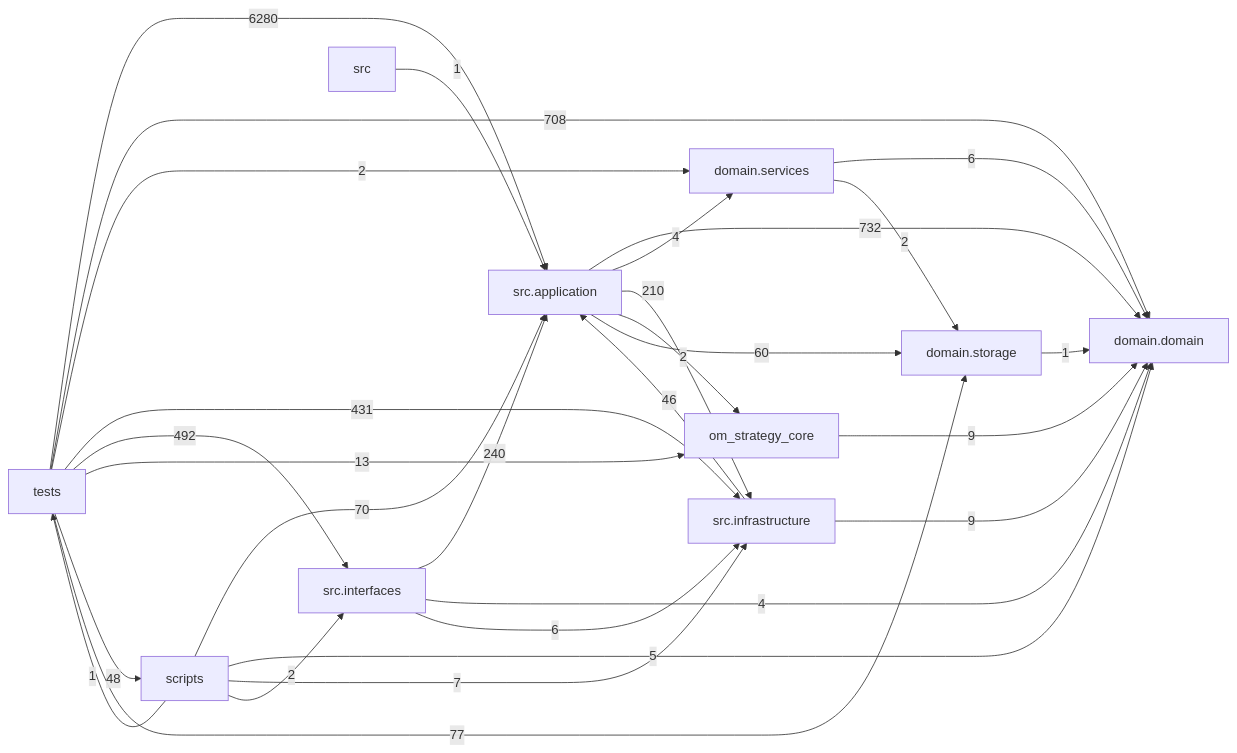
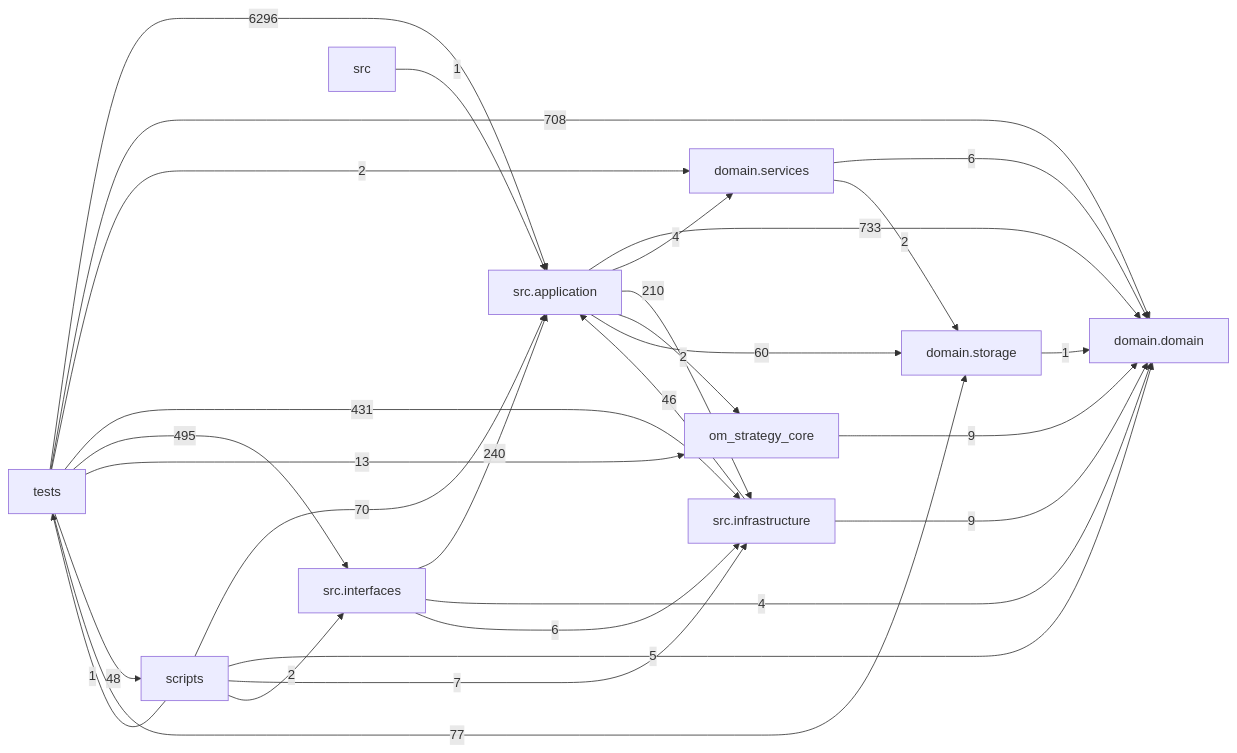
The diagram in docs/DEPENDENCY_GRAPH.md (liuxie066/options-monitor), drawn with Mermaid before and after one commit. The commit also changed other lines of this file and 18 other files, not shown here.

````diff
--- a/docs/DEPENDENCY_GRAPH.md
+++ b/docs/DEPENDENCY_GRAPH.md
@@ -24,39 +24,39 @@
 ```mermaid
 flowchart LR
   tests["tests"]
   scripts["scripts"]
   interfaces["src.interfaces"]
   application["src.application"]
   infrastructure["src.infrastructure"]
   domain_services["domain.services"]
   domain["domain.domain"]
   storage["domain.storage"]
-  application -->|732| domain
+  application -->|733| domain
   application -->|4| domain_services
   application -->|210| infrastructure
   application -->|2| om_strategy_core
   application -->|60| storage
   domain_services -->|6| domain
   domain_services -->|2| storage
   infrastructure -->|46| application
   infrastructure -->|9| domain
   interfaces -->|240| application
   interfaces -->|4| domain
   interfaces -->|6| infrastructure
   om_strategy_core -->|9| domain
   scripts -->|70| application
   scripts -->|5| domain
   scripts -->|7| infrastructure
   scripts -->|2| interfaces
   scripts -->|1| tests
   src -->|1| application
   storage -->|1| domain
-  tests -->|6280| application
+  tests -->|6296| application
   tests -->|708| domain
   tests -->|2| domain_services
   tests -->|431| infrastructure
-  tests -->|492| interfaces
+  tests -->|495| interfaces
   tests -->|13| om_strategy_core
   tests -->|48| scripts
   tests -->|77| storage
 ```
````
